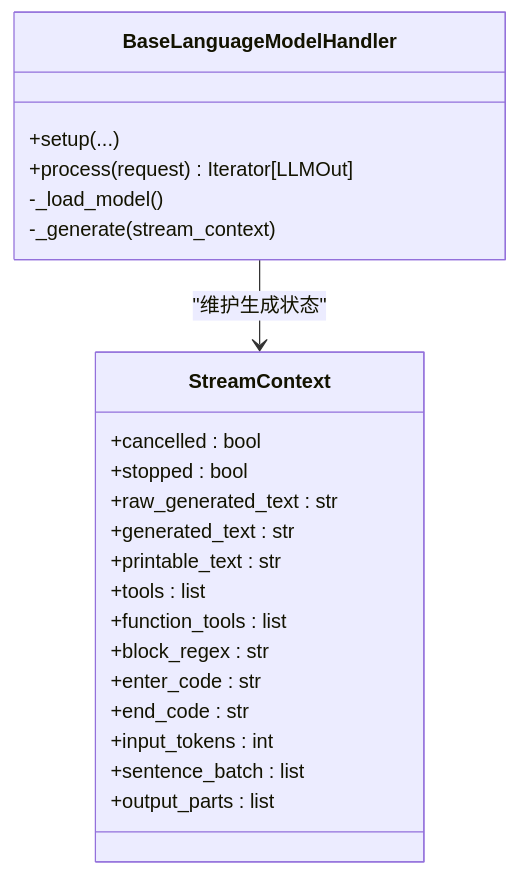
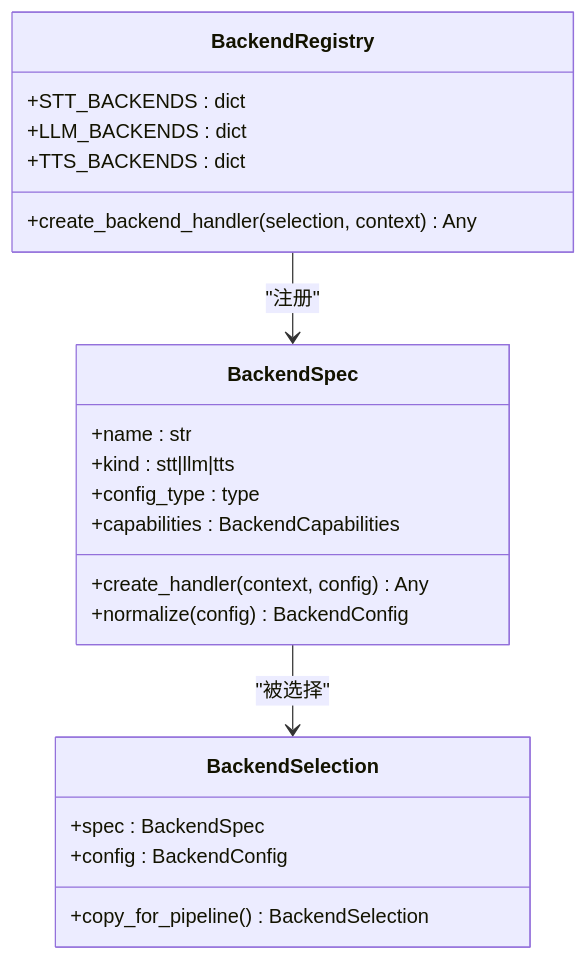
The seventh of 10 diagrams in .qoder/repowiki/zh/content/核心架构/核心架构.md (joezxh/speech-to-speech), drawn with Mermaid before and after one commit. The commit also changed other lines of this file and 202 other files, not shown here.

Commit message:
chore(config): 将 LLM 基址切换到宿主反向代理并更新 repowiki 模块索引

````diff
--- a/.qoder/repowiki/zh/content/核心架构/核心架构.md
+++ b/.qoder/repowiki/zh/content/核心架构/核心架构.md
@@ -242,25 +313,24 @@
 ```mermaid
 classDiagram
-class BaseLanguageModelHandler {
-+setup(...)
-+process(request) Iterator[LLMOut]
--_load_model()
--_generate(stream_context)
+class BackendSpec {
++name : str
++kind : stt|llm|tts
++config_type : type
++create_handler(context, config) Any
++capabilities : BackendCapabilities
++normalize(config) BackendConfig
 }
-class StreamContext {
-+cancelled : bool
-+stopped : bool
-+raw_generated_text : str
-+generated_text : str
-+printable_text : str
-+tools : list
-+function_tools : list
-+block_regex : str
-+enter_code : str
-+end_code : str
-+input_tokens : int
-+sentence_batch : list
-+output_parts : list
+class BackendSelection {
++spec : BackendSpec
++config : BackendConfig
++copy_for_pipeline() BackendSelection
 }
-BaseLanguageModelHandler --> StreamContext : "维护生成状态"
+class BackendRegistry {
++STT_BACKENDS : dict
++LLM_BACKENDS : dict
++TTS_BACKENDS : dict
++create_backend_handler(selection, context) Any
+}
+BackendSpec --> BackendSelection : "被选择"
+BackendRegistry --> BackendSpec : "注册"
 ```
````
